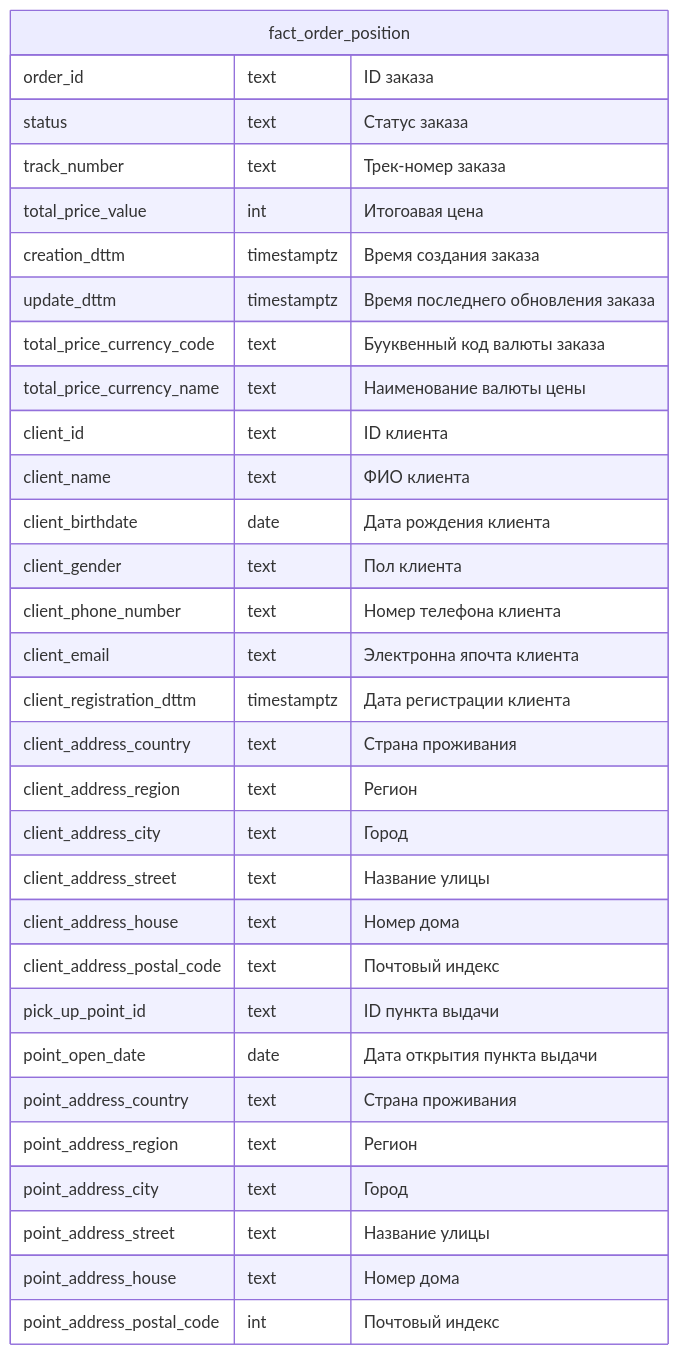
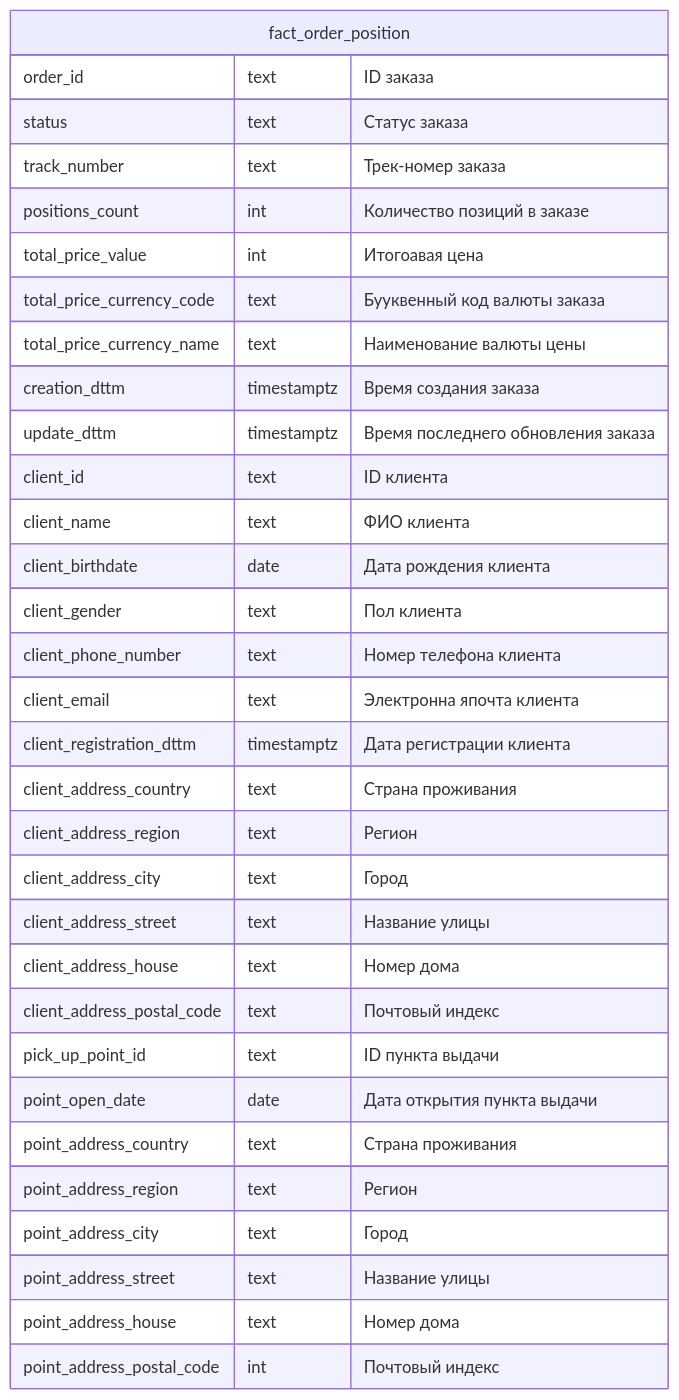
One commit to vgorbikov/dq-practice changed the first of 2 diagrams in docs/db_schema/Прикладные витрины.md. Above: the diagram before and after it, drawn with Mermaid. The commit also changed 3 other files, not shown here.

````diff
--- a/docs/db_schema/Прикладные витрины.md
+++ b/docs/db_schema/Прикладные витрины.md
@@ -15,36 +15,37 @@
 ```mermaid
 erDiagram
 
 fact_order_position {
     order_id text "ID заказа"
     status text "Статус заказа"
     track_number text "Трек-номер заказа"
+    positions_count int "Количество позиций в заказе"
     total_price_value int "Итогоавая цена"
+    total_price_currency_code text "Бууквенный код валюты заказа"
+    total_price_currency_name text "Наименование валюты цены"
     creation_dttm timestamptz "Время создания заказа"
     update_dttm timestamptz "Время последнего обновления заказа"
-    total_price_currency_code text "Бууквенный код валюты заказа"
-    total_price_currency_name text "Наименование валюты цены"
     client_id text "ID клиента"
     client_name text "ФИО клиента"
     client_birthdate date "Дата рождения клиента"
     client_gender text "Пол клиента"
     client_phone_number text "Номер телефона клиента"
     client_email text "Электронна япочта клиента"
     client_registration_dttm timestamptz "Дата регистрации клиента"
     client_address_country text "Страна проживания"
     client_address_region text "Регион"
     client_address_city text "Город"
     client_address_street text "Название улицы"
     client_address_house text "Номер дома"
     client_address_postal_code text "Почтовый индекс"
     pick_up_point_id text "ID пункта выдачи"
     point_open_date date "Дата открытия пункта выдачи"
     point_address_country text "Страна проживания"
     point_address_region text "Регион"
     point_address_city text "Город" 
     point_address_street text "Название улицы"
     point_address_house text "Номер дома"
     point_address_postal_code int "Почтовый индекс"
     
 }
 ```
````
